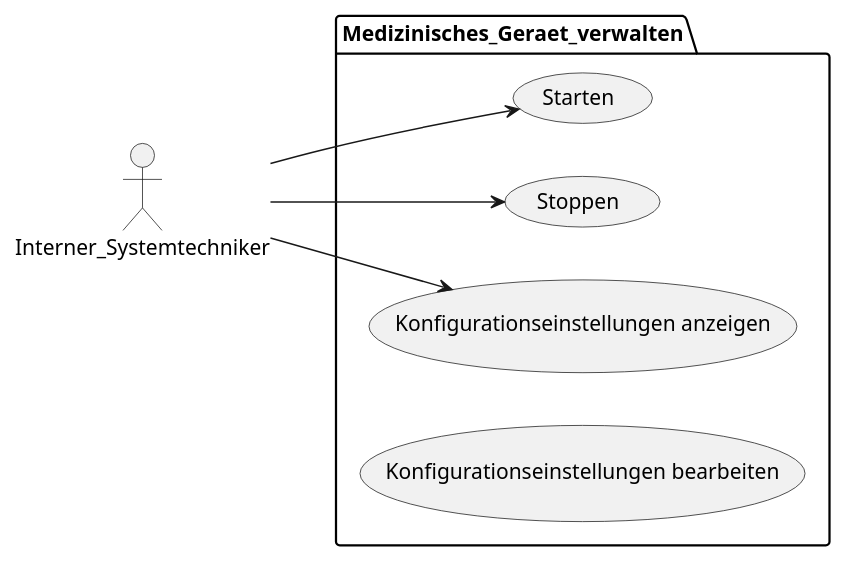
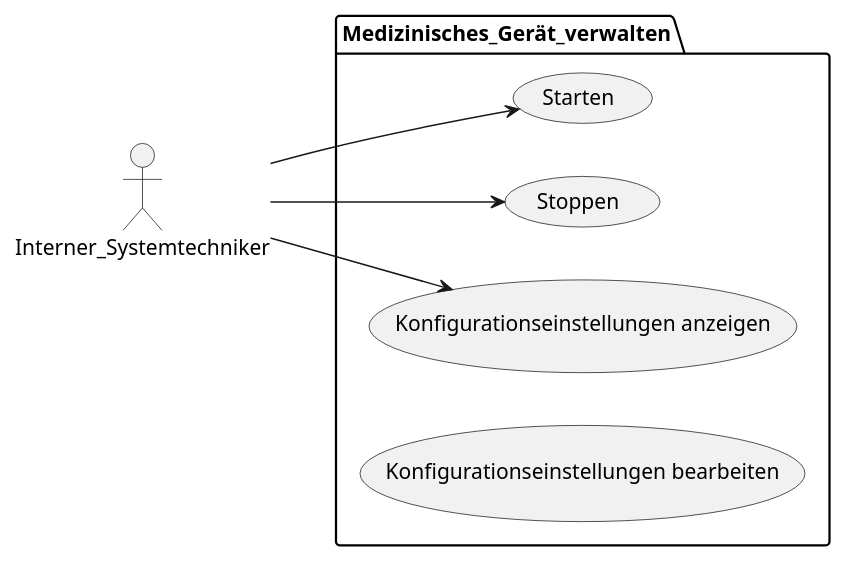
The fourth of 6 diagrams in docs/2_planning/2_system_use_cases.md (helenlaible/ss23-kba-project), drawn with PlantUML before and after one commit. The commit also changed other lines of this file, not shown here.

````diff
--- a/docs/2_planning/2_system_use_cases.md
+++ b/docs/2_planning/2_system_use_cases.md
@@ -93,16 +93,16 @@
 ```plantuml SUC Medizinisches Geraet verwalten
 @startuml
 left to right direction
 actor Interner_Systemtechniker as is
-package Medizinisches_Geraet_verwalten {
+package Medizinisches_Gerät_verwalten {
   usecase "Starten" as UC1
   usecase "Stoppen" as UC2
   usecase "Konfigurationseinstellungen anzeigen" as UC3
   usecase "Konfigurationseinstellungen bearbeiten" as UC4
 }
 
 is --> UC1
 is --> UC2
 is --> UC3
 @enduml
 ```
````
